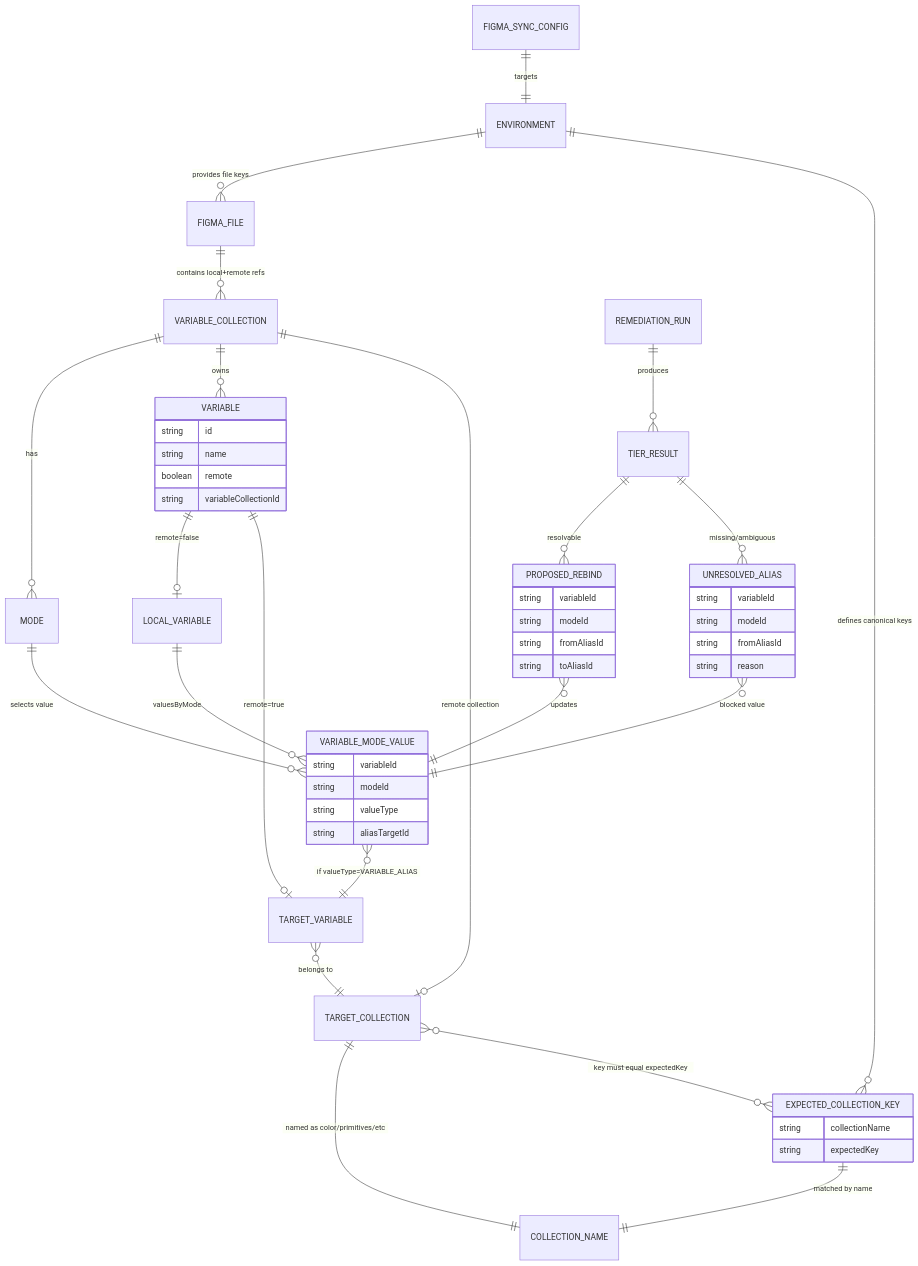
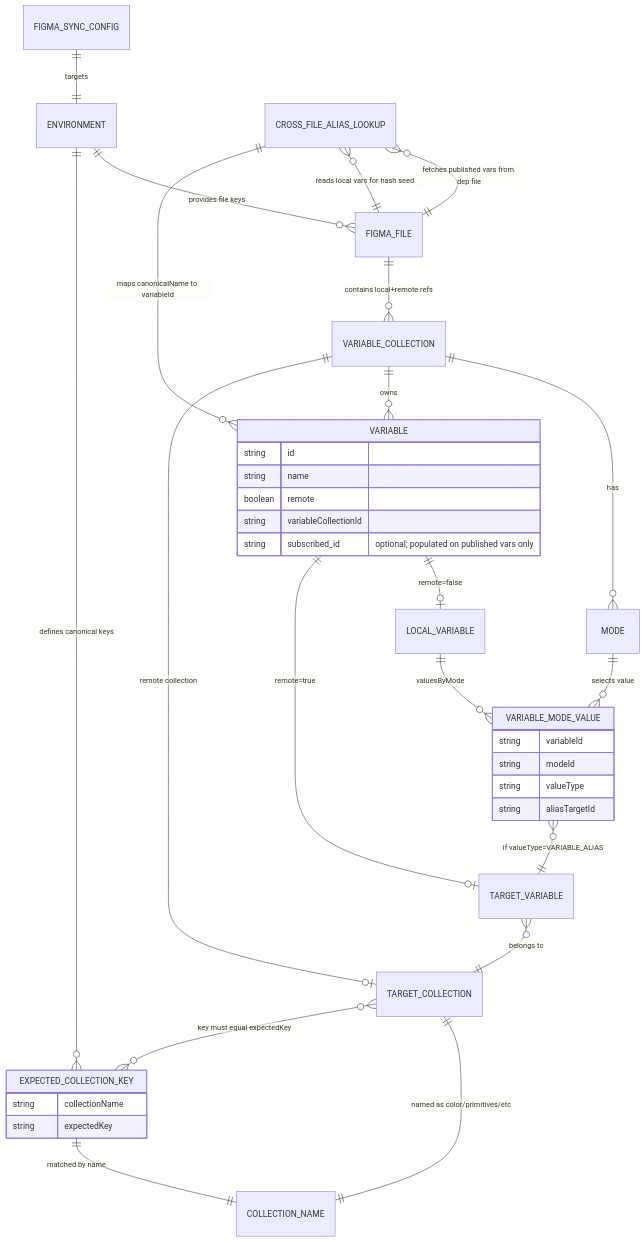
One commit to grommet/hpe-design-system changed the first of 2 diagrams in packages/hpe-design-tokens/DOCUMENTATION.md. Above: the diagram before and after it, drawn with Mermaid. The commit also changed other lines of this file and 1 other file, not shown here.

````diff
--- a/packages/hpe-design-tokens/DOCUMENTATION.md
+++ b/packages/hpe-design-tokens/DOCUMENTATION.md
@@ -7,66 +11,50 @@
 ```mermaid
 erDiagram
     FIGMA_SYNC_CONFIG ||--|| ENVIRONMENT : "targets"
     ENVIRONMENT ||--o{ FIGMA_FILE : "provides file keys"
     ENVIRONMENT ||--o{ EXPECTED_COLLECTION_KEY : "defines canonical keys"
 
     FIGMA_FILE ||--o{ VARIABLE_COLLECTION : "contains local+remote refs"
     VARIABLE_COLLECTION ||--o{ MODE : "has"
     VARIABLE_COLLECTION ||--o{ VARIABLE : "owns"
 
     VARIABLE {
       string id
       string name
       boolean remote
       string variableCollectionId
+      string subscribed_id "optional; populated on published vars only"
     }
 
     LOCAL_VARIABLE ||--o{ VARIABLE_MODE_VALUE : "valuesByMode"
     MODE ||--o{ VARIABLE_MODE_VALUE : "selects value"
 
     VARIABLE_MODE_VALUE {
       string variableId
       string modeId
       string valueType
       string aliasTargetId
     }
 
     VARIABLE_MODE_VALUE }o--|| TARGET_VARIABLE : "if valueType=VARIABLE_ALIAS"
     TARGET_VARIABLE }o--|| TARGET_COLLECTION : "belongs to"
 
     EXPECTED_COLLECTION_KEY {
       string collectionName
       string expectedKey
     }
 
     TARGET_COLLECTION ||--|| COLLECTION_NAME : "named as color/primitives/etc"
     EXPECTED_COLLECTION_KEY ||--|| COLLECTION_NAME : "matched by name"
 
     TARGET_COLLECTION }o--o{ EXPECTED_COLLECTION_KEY : "key must equal expectedKey"
 
-    REMEDIATION_RUN ||--o{ TIER_RESULT : "produces"
-    TIER_RESULT ||--o{ PROPOSED_REBIND : "resolvable"
-    TIER_RESULT ||--o{ UNRESOLVED_ALIAS : "missing/ambiguous"
-
-    PROPOSED_REBIND {
-      string variableId
-      string modeId
-      string fromAliasId
-      string toAliasId
-    }
-
-    UNRESOLVED_ALIAS {
-      string variableId
-      string modeId
-      string fromAliasId
-      string reason
-    }
-
-    PROPOSED_REBIND }o--|| VARIABLE_MODE_VALUE : "updates"
-    UNRESOLVED_ALIAS }o--|| VARIABLE_MODE_VALUE : "blocked value"
+    CROSS_FILE_ALIAS_LOOKUP }o--|| FIGMA_FILE : "fetches published vars from dep file"
+    CROSS_FILE_ALIAS_LOOKUP }o--|| FIGMA_FILE : "reads local vars for hash seed"
+    CROSS_FILE_ALIAS_LOOKUP ||--o{ VARIABLE : "maps canonicalName to variableId"
 
     %% Conceptual specializations
     VARIABLE ||--o| LOCAL_VARIABLE : "remote=false"
     VARIABLE ||--o| TARGET_VARIABLE : "remote=true"
     VARIABLE_COLLECTION ||--o| TARGET_COLLECTION : "remote collection"
 ```
````
